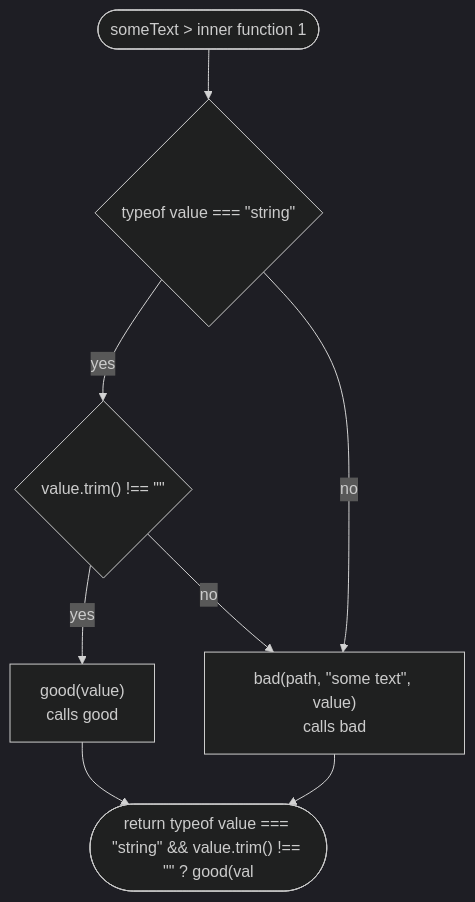
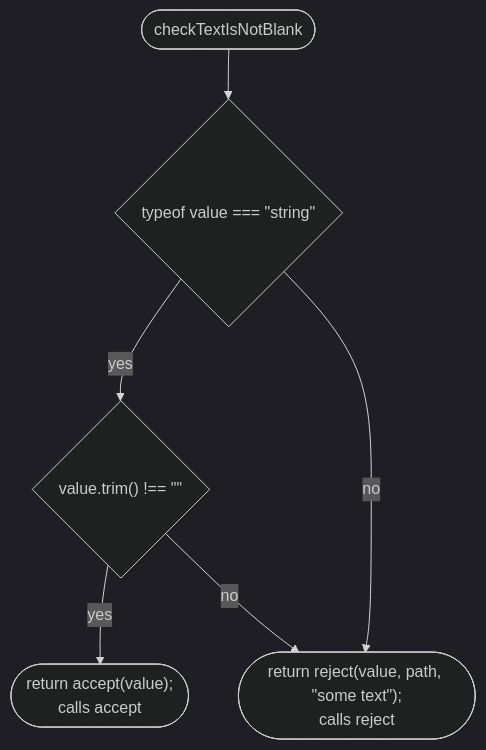
One commit to NewDara-Star/world-engine changed the eighth of 38 diagrams in docs/flows/src/place/parse.md. Above: the diagram before and after it, drawn with Mermaid (dark theme). The commit also changed other lines of this file and 18 other files, not shown here.

````diff
--- a/docs/flows/src/place/parse.md
+++ b/docs/flows/src/place/parse.md
@@ -57,16 +116,13 @@
 ```mermaid
 flowchart TD
-  n1(["someText #gt; inner function 1"])
+  n1(["checkTextIsNotBlank"])
   n2{"typeof value === #quot;string#quot;"}
   n3{"value.trim() !== #quot;#quot;"}
-  n4["good(value)<br/>calls good"]
-  n5["bad(path, #quot;some text#quot;, value)<br/>calls bad"]
-  n6(["return typeof value === #quot;string#quot; && value.trim() !== #quot;#quot; ? good(val"])
+  n4(["return accept(value);<br/>calls accept"])
+  n5(["return reject(value, path, #quot;some text#quot;);<br/>calls reject"])
   n1 --> n2
   n2 -->|"yes"| n3
   n3 -->|"yes"| n4
   n2 -->|"no"| n5
   n3 -->|"no"| n5
-  n4 --> n6
-  n5 --> n6
 ```
````
